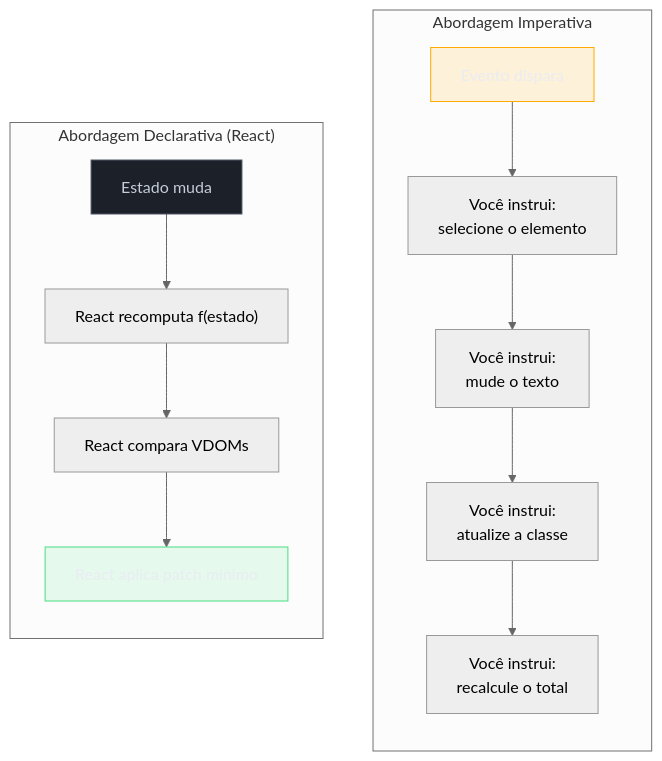
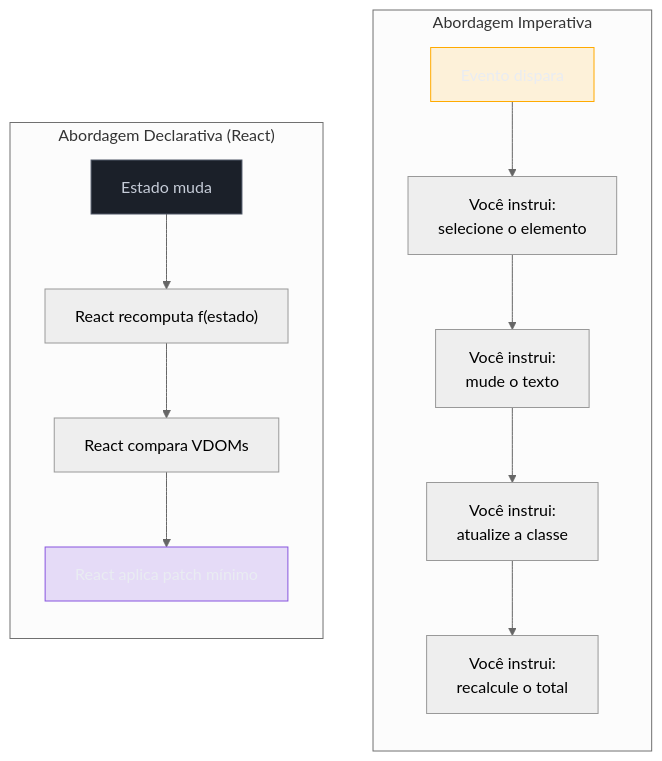
One commit to josenaldo/codex-technomanticus changed the fourth of 4 diagrams in 03-Dominios/Tecnologia/React/React core/01 - O que é React e a UI declarativa.md. Above: the diagram before and after it, drawn with Mermaid (neutral theme). The commit also changed other lines of this file and 601 other files, not shown here.

````diff
--- a/03-Dominios/Tecnologia/React/React core/01 - O que é React e a UI declarativa.md
+++ b/03-Dominios/Tecnologia/React/React core/01 - O que é React e a UI declarativa.md
@@ -291,28 +290,28 @@
 ```mermaid
 flowchart TD
+    classDef marca fill:#8855DF33,stroke:#8855DF,color:#E9ECF2
     classDef destaque fill:#FFAA0024,stroke:#FFAA00,color:#E9ECF2
     classDef neutro fill:#1B2029,stroke:#4E5666,color:#C6CCD8
-    classDef ok fill:#4ADE8021,stroke:#4ADE80,color:#E9ECF2
     subgraph imperativo["Abordagem Imperativa"]
         direction TB
         I1["Evento dispara"]
         I2["Você instrui:\nselecione o elemento"]
         I3["Você instrui:\nmude o texto"]
         I4["Você instrui:\natualize a classe"]
         I5["Você instrui:\nrecalcule o total"]
         I1 --> I2 --> I3 --> I4 --> I5
     end
 
     subgraph declarativo["Abordagem Declarativa (React)"]
         direction TB
         D1["Estado muda"]
         D2["React recomputa f(estado)"]
         D3["React compara VDOMs"]
         D4["React aplica patch mínimo"]
         D1 --> D2 --> D3 --> D4
     end
 
     class I1 destaque
     class D1 neutro
-    class D4 ok
+    class D4 marca
 ```
````
